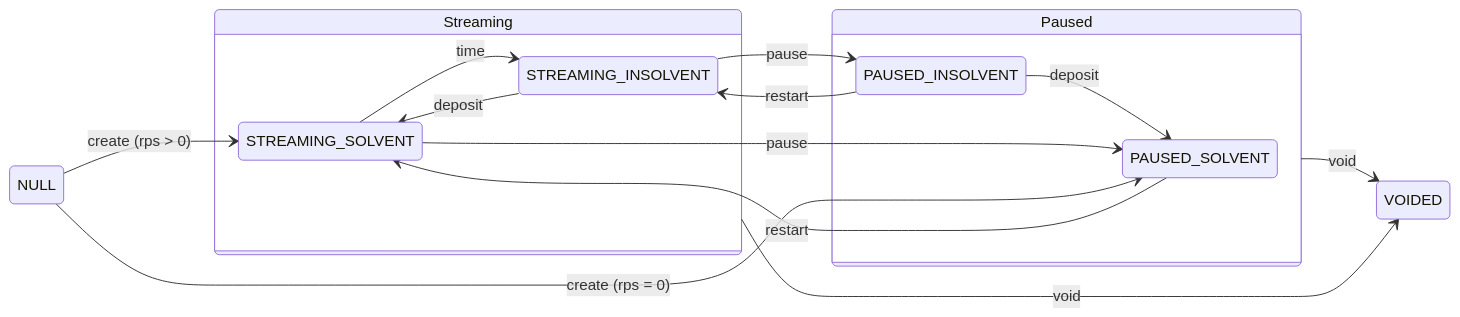
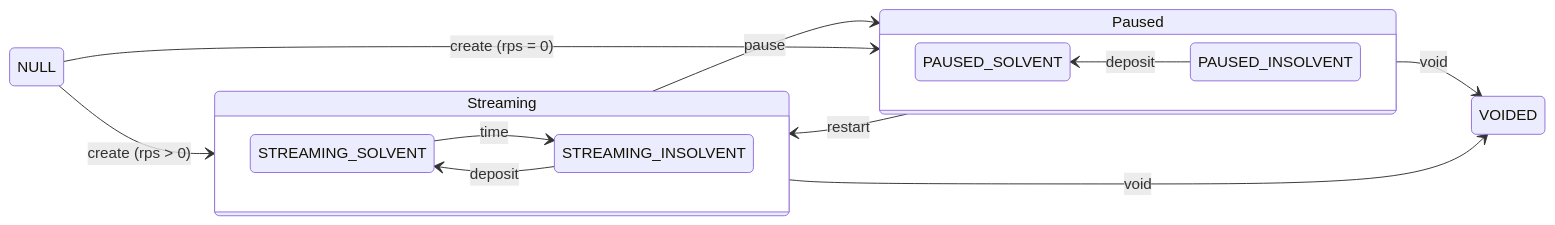
The first of 8 diagrams in DIAGRAMS.md (sablier-labs/flow), drawn with Mermaid before and after one commit. The commit also changed other lines of this file and 4 other files, not shown here.

````diff
--- a/DIAGRAMS.md
+++ b/DIAGRAMS.md
@@ -23,43 +23,42 @@
 ```mermaid
 stateDiagram-v2
     direction LR
 
     state Streaming {
+        direction LR
         STREAMING_SOLVENT
         STREAMING_INSOLVENT --> STREAMING_SOLVENT : deposit
         STREAMING_SOLVENT --> STREAMING_INSOLVENT : time
     }
 
     state Paused {
-        # direction BT
+        direction RL
         PAUSED_SOLVENT
+        PAUSED_INSOLVENT --> PAUSED_SOLVENT : deposit
         PAUSED_INSOLVENT
-        PAUSED_INSOLVENT --> PAUSED_SOLVENT : deposit
     }
 
-    STREAMING_SOLVENT --> PAUSED_SOLVENT : pause
-    STREAMING_INSOLVENT --> PAUSED_INSOLVENT : pause
-    PAUSED_SOLVENT --> STREAMING_SOLVENT : restart
+    Streaming --> Paused : pause
+    Paused --> Streaming : restart
     Paused --> VOIDED : void
     Streaming --> VOIDED : void
-    PAUSED_INSOLVENT --> STREAMING_INSOLVENT : restart
 
-    NULL --> STREAMING_SOLVENT : create (rps > 0)
-    NULL --> PAUSED_SOLVENT : create (rps = 0)
+    NULL --> Streaming : create (rps > 0)
+    NULL --> Paused : create (rps = 0)
 
     NULL:::grey
     Paused:::lightYellow
     PAUSED_INSOLVENT:::intenseYellow
     PAUSED_SOLVENT:::intenseYellow
     Streaming:::lightGreen
     STREAMING_INSOLVENT:::intenseGreen
     STREAMING_SOLVENT:::intenseGreen
     VOIDED:::red
 
     classDef grey fill:#b0b0b0,stroke:#333,stroke-width:2px,color:#000,font-weight:bold;
     classDef intenseGreen fill:#32cd32,stroke:#333,stroke-width:2px,color:#000,font-weight:bold;
     classDef intenseYellow fill:#ffd700,color:#000,font-weight:bold;
     classDef lightGreen fill:#98FB98,color:#000,font-weight:bold;
     classDef lightYellow fill:#ffff99,color:#000,font-weight:bold;
     classDef red fill:#ff4e4e,stroke:#333,stroke-width:2px;
 ```
````
